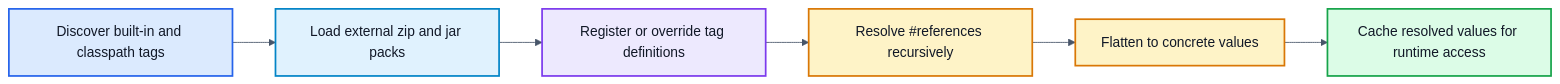
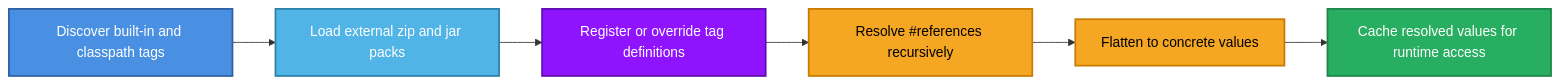
One commit to AzureDoom/TagCore changed the first of 6 diagrams in docs/tag-loading.md. Above: the diagram before and after it, drawn with Mermaid. The commit also changed other lines of this file, not shown here.

````diff
--- a/docs/tag-loading.md
+++ b/docs/tag-loading.md
@@ -16,35 +16,22 @@
 ```mermaid
-%%{init: {
-  "theme": "base",
-  "themeVariables": {
-    "primaryColor": "#4F46E5",
-    "primaryTextColor": "#FFFFFF",
-    "primaryBorderColor": "#3730A3",
-    "lineColor": "#475569",
-    "secondaryColor": "#0EA5E9",
-    "tertiaryColor": "#F8FAFC",
-    "background": "#FFFFFF",
-    "mainBkg": "#EEF2FF",
-    "secondBkg": "#E0F2FE",
-    "tertiaryBkg": "#F8FAFC"
-  }
-}}%%
 flowchart LR
     A[Discover built-in and classpath tags] --> B[Load external zip and jar packs]
     B --> C[Register or override tag definitions]
     C --> D[Resolve #references recursively]
     D --> E[Flatten to concrete values]
     E --> F[Cache resolved values for runtime access]
 
-    classDef discovery fill:#DBEAFE,stroke:#2563EB,color:#111827,stroke-width:2px;
-    classDef external fill:#E0F2FE,stroke:#0284C7,color:#111827,stroke-width:2px;
-    classDef registry fill:#EDE9FE,stroke:#7C3AED,color:#111827,stroke-width:2px;
-    classDef resolve fill:#FEF3C7,stroke:#D97706,color:#111827,stroke-width:2px;
-    classDef cache fill:#DCFCE7,stroke:#16A34A,color:#111827,stroke-width:2px;
+%% Classes
+    classDef discovery fill:#4A90E2,color:#fff,stroke:#2C5FA3,stroke-width:2px;
+    classDef external fill:#50B4E6,color:#fff,stroke:#2A7FA8,stroke-width:2px;
+    classDef registry fill:#9013FE,color:#fff,stroke:#5E0CB2,stroke-width:2px;
+    classDef resolve fill:#F5A623,color:#000,stroke:#C97A00,stroke-width:2px;
+    classDef cache fill:#27AE60,color:#fff,stroke:#1E8449,stroke-width:2px;
 
+%% Apply classes
     class A discovery;
     class B external;
     class C registry;
     class D,E resolve;
     class F cache;
 ```
````
